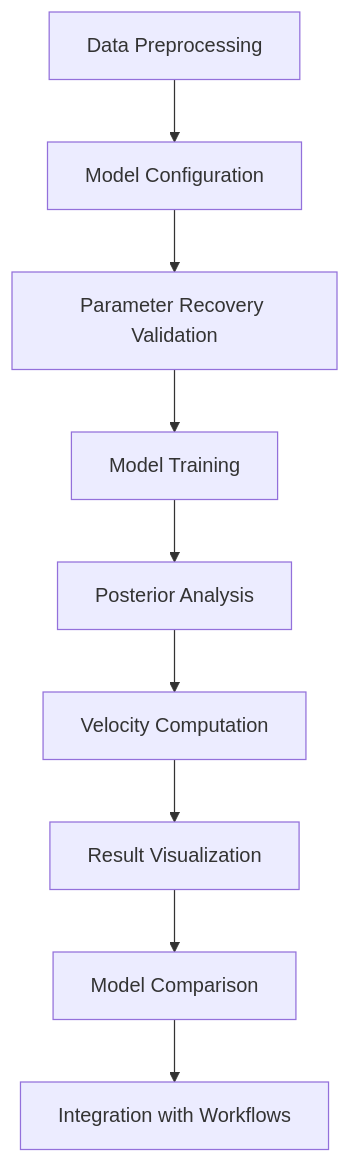
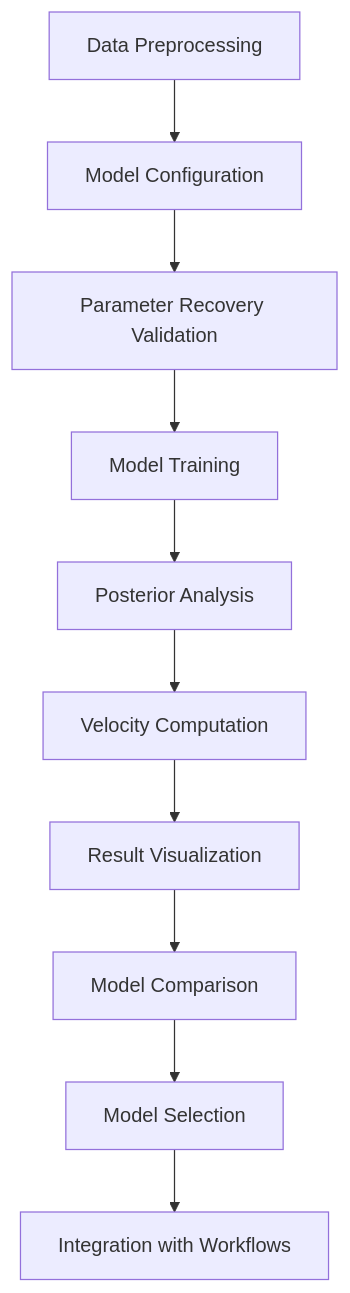
Before and after one commit to pinellolab/pyrovelocity: the second of 4 diagrams in nbs/development/requirements.qmd, drawn with Mermaid. The commit also changed other lines of this file, not shown here.

Commit message:
docs(development): propagate model selection updates to requirements

````diff
--- a/nbs/development/requirements.qmd
+++ b/nbs/development/requirements.qmd
@@ -116,13 +133,14 @@
 ```{mermaid}
 graph TD
     A[Data Preprocessing] --> B[Model Configuration]
     B --> V[Parameter Recovery Validation]
     V --> C[Model Training]
     C --> D[Posterior Analysis]
     D --> E[Velocity Computation]
     E --> F[Result Visualization]
     F --> M[Model Comparison]
-    M --> G[Integration with Workflows]
+    M --> S[Model Selection]
+    S --> G[Integration with Workflows]
 
-    class A,B,V,C,D,E,F,M,G scenario;
+    class A,B,V,C,D,E,F,M,S,G scenario;
 ```
````
